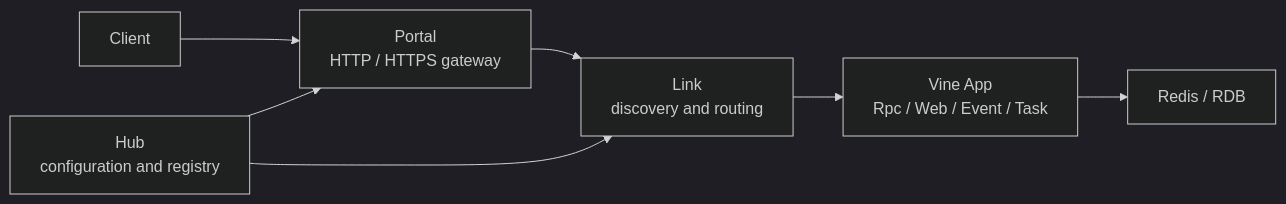
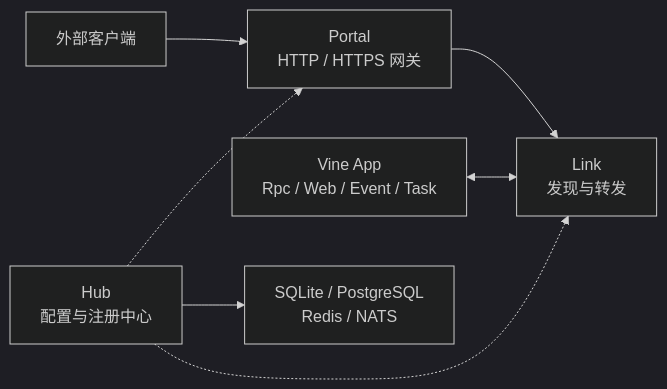
One commit to yorun-ai/vine changed the diagram in README.zh-CN.md. Above: the diagram before and after it, drawn with Mermaid (dark theme). The commit also changed other lines of this file and 1 other file, not shown here.

````diff
--- a/README.zh-CN.md
+++ b/README.zh-CN.md
@@ -28,9 +34,9 @@
 ```mermaid
 flowchart LR
-    Client["Client"] --> Portal["Portal<br/>HTTP / HTTPS gateway"]
-    Portal --> Link["Link<br/>discovery and routing"]
-    Link --> App["Vine App<br/>Rpc / Web / Event / Task"]
-    App --> Infra["Redis / RDB"]
-    Hub["Hub<br/>configuration and registry"] --> Portal
-    Hub --> Link
+    Client["外部客户端"] --> Portal["Portal<br/>HTTP / HTTPS 网关"]
+    Portal --> Link["Link<br/>发现与转发"]
+    App["Vine App<br/>Rpc / Web / Event / Task"] <--> Link
+    Hub["Hub<br/>配置与注册中心"] -.-> Link
+    Hub -.-> Portal
+    Hub --> Infra["SQLite / PostgreSQL<br/>Redis / NATS"]
 ```
````
